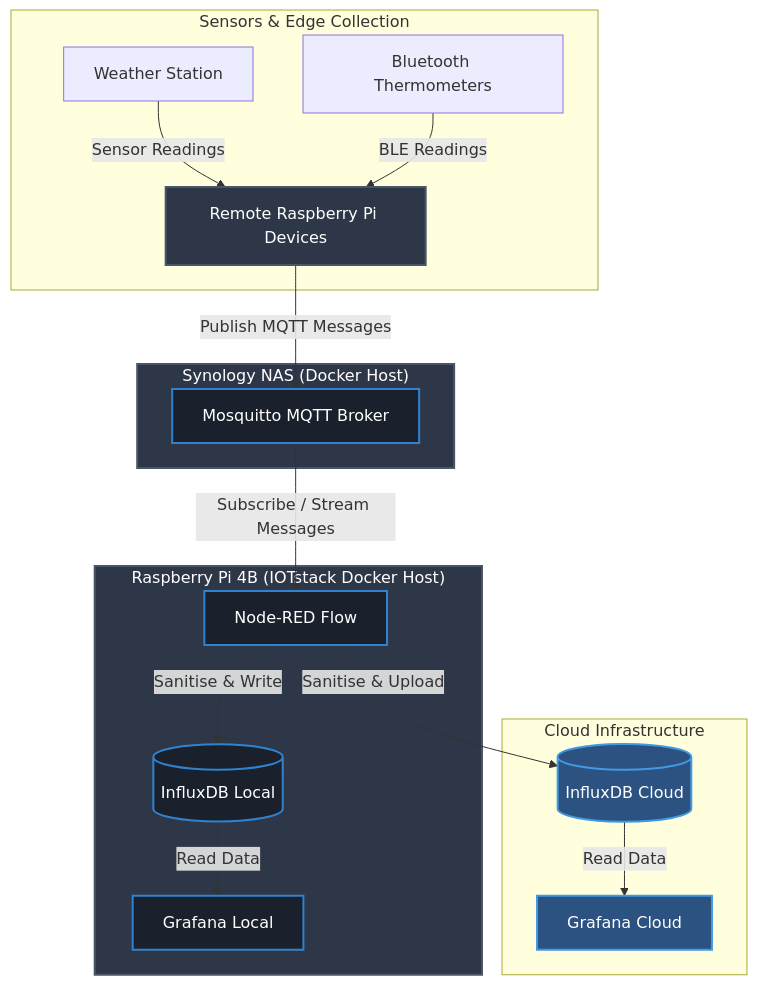
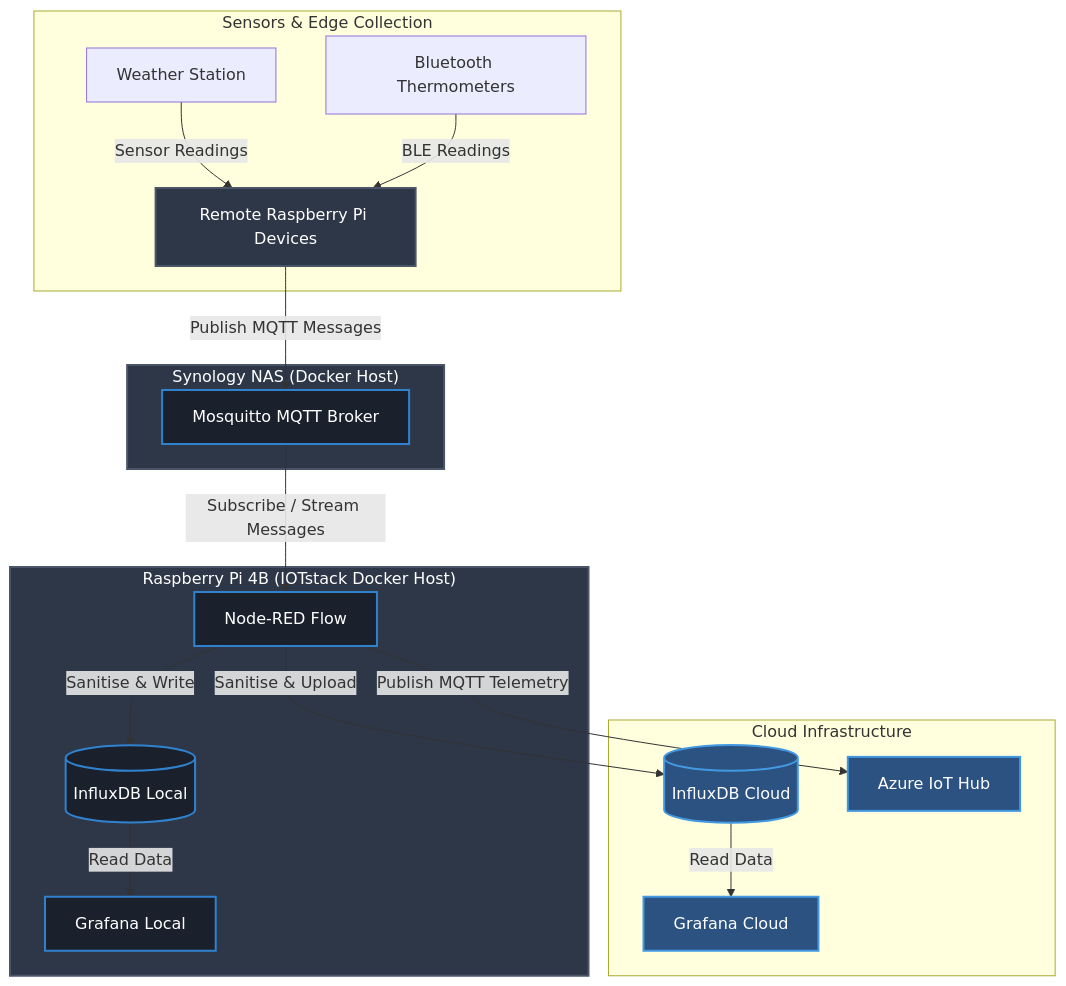
One commit to dkazubek/SensorHub changed the diagram in README.md. Above: the diagram before and after it, drawn with Mermaid. The commit also changed other lines of this file and 1 other file, not shown here.

Commit message:
document: Update README to include Azure IoT Hub integration.

````diff
--- a/README.md
+++ b/README.md
@@ -16,49 +16,51 @@
 ```mermaid
 graph TD
     %% Styles and Definitions
     classDef hardware fill:#2d3748,stroke:#4a5568,stroke-width:2px,color:#fff;
     classDef container fill:#1a202c,stroke:#3182ce,stroke-width:2px,color:#fff;
     classDef cloud fill:#2c5282,stroke:#4299e1,stroke-width:2px,color:#fff;
 
     %% Remote Nodes & Edge Devices
     subgraph Edge ["Sensors & Edge Collection"]
         WS[Weather Station]
         BT[Bluetooth Thermometers]
         RPiEdge[Remote Raspberry Pi Devices]
     end
 
     %% Synology NAS Host
     subgraph NAS ["Synology NAS (Docker Host)"]
         MQ[Mosquitto MQTT Broker]
     end
 
     %% Raspberry Pi 4B Host (IOTstack)
     subgraph Pi4 ["Raspberry Pi 4B (IOTstack Docker Host)"]
         NR[Node-RED Flow]
         IDB_Loc[(InfluxDB Local)]
         GF_Loc[Grafana Local]
     end
 
     %% Cloud Infrastructure
     subgraph Cloud ["Cloud Infrastructure"]
         IDB_Cld[(InfluxDB Cloud)]
         GF_Cld[Grafana Cloud]
+        IOTHub[Azure IoT Hub]
     end
 
     %% Apply Styles
     class RPiEdge,NAS,Pi4 hardware;
     class MQ,NR,IDB_Loc,GF_Loc container;
-    class IDB_Cld,GF_Cld cloud;
+    class IDB_Cld,GF_Cld,IOTHub cloud;
 
     %% Data Flow Connections
     WS -->|Sensor Readings| RPiEdge
     BT -->|BLE Readings| RPiEdge
     RPiEdge -->|Publish MQTT Messages| MQ
     MQ -->|Subscribe / Stream Messages| NR
     
     NR -->|Sanitise & Write| IDB_Loc
     NR -->|Sanitise & Upload| IDB_Cld
+    NR -->|Publish MQTT Telemetry| IOTHub
     
     IDB_Loc -->|Read Data| GF_Loc
     IDB_Cld -->|Read Data| GF_Cld
 ```
````
